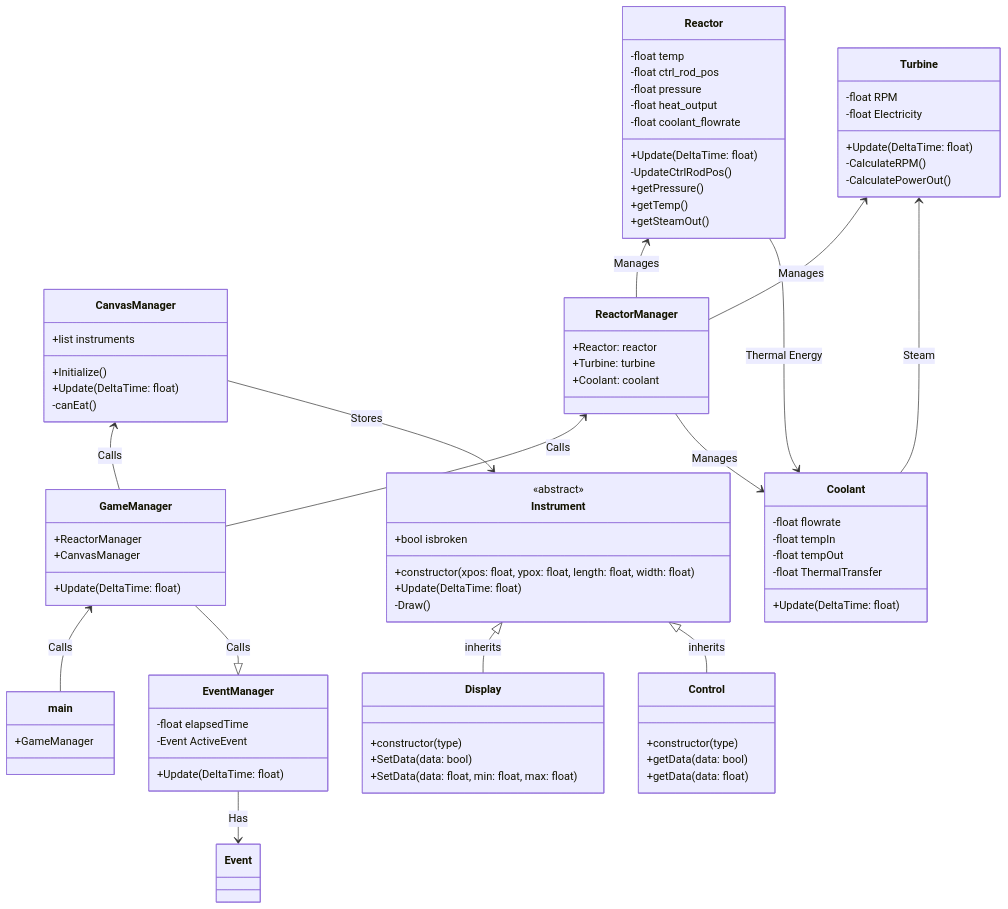
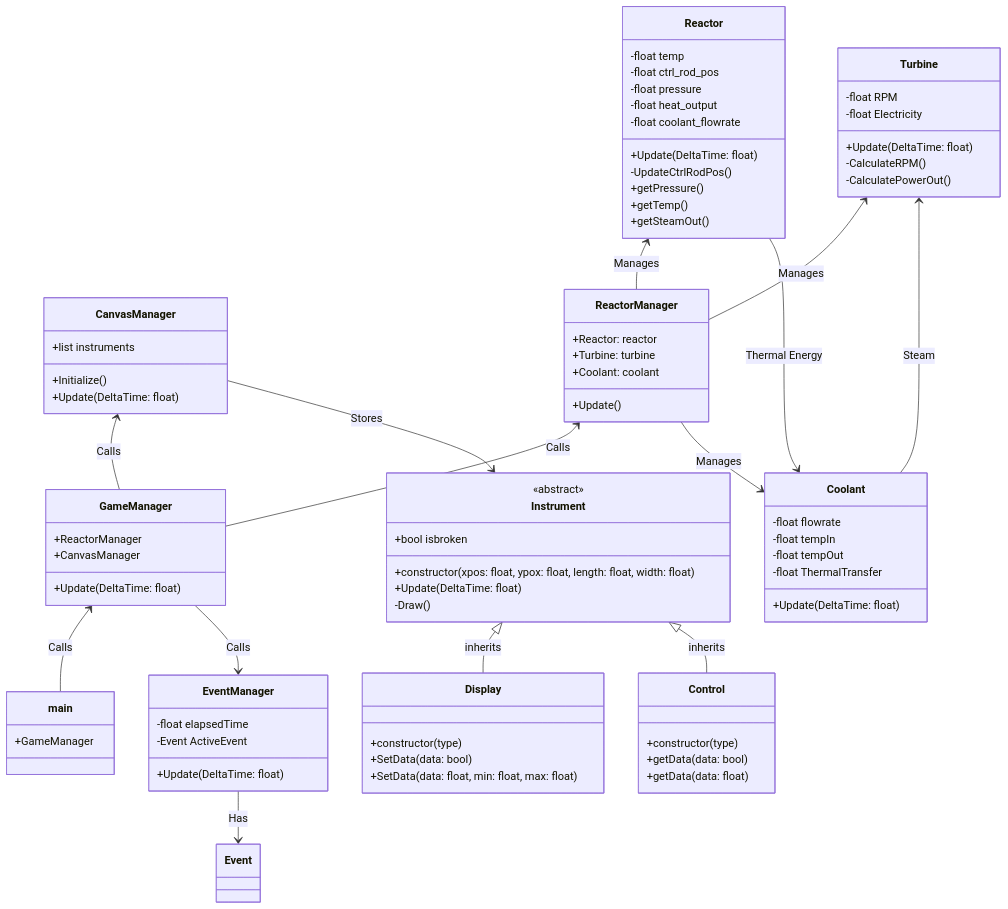
One commit to Icewav3/Cpp-Projects changed the diagram in ReactorSim/Reference/ClassDiagram.mermaid. Above: the diagram before and after it, drawn with Mermaid. The commit also changed 3 other files, not shown here.

Commit message:
Created a GameManager class

```diff
--- a/ReactorSim/Reference/ClassDiagram.mermaid
+++ b/ReactorSim/Reference/ClassDiagram.mermaid
@@ -1,83 +1,83 @@
 classDiagram
     GameManager <-- main: Calls
     CanvasManager <-- GameManager: Calls
     ReactorManager <-- GameManager: Calls
     CanvasManager --> Instrument: Stores
     class main {
         +GameManager
     }
     class GameManager {
         +ReactorManager
         +CanvasManager
         +Update(DeltaTime: float)
     }
-    GameManager --|> EventManager: Calls
+    GameManager --> EventManager: Calls
     EventManager --> Event: Has
     class EventManager {
         -float elapsedTime
         -Event ActiveEvent
         +Update(DeltaTime: float)
     }
     class Event {
     }
     class CanvasManager {
         +list<Instrument> instruments
         +Initialize()
         +Update(DeltaTime: float)
-        -canEat()
     }
     class Instrument {
         <<abstract>>
         +constructor(xpos: float, ypox: float, length: float, width: float)
         +bool isbroken
         +Update(DeltaTime: float)
         -Draw()
     }
     Instrument <|-- Display: inherits
     class Display {
         +constructor(type)
         +SetData(data: bool)
         +SetData(data: float, min: float, max: float)
     }
     Instrument <|-- Control: inherits
     class Control {
         +constructor(type)
         +getData(data: bool)
         +getData(data: float)
     }
     class ReactorManager {
         +Reactor: reactor
         +Turbine: turbine
         +Coolant: coolant
+        +Update()
     }
     Reactor <-- ReactorManager: Manages
     class Reactor {
         -float temp
         -float ctrl_rod_pos
         -float pressure
         -float heat_output
         -float coolant_flowrate
         +Update(DeltaTime: float)
         -UpdateCtrlRodPos()
         +getPressure()
         +getTemp()
         +getSteamOut()
     }
     Turbine <-- ReactorManager: Manages
     class Turbine {
         -float RPM
         -float Electricity
         +Update(DeltaTime: float)
         -CalculateRPM()
         -CalculatePowerOut()
     }
     ReactorManager --> Coolant: Manages
     Turbine <-- Coolant: Steam
     Reactor --> Coolant: Thermal Energy
     class Coolant {
         -float flowrate
         -float tempIn
         -float tempOut
         -float ThermalTransfer
         +Update(DeltaTime: float)
     }
```
